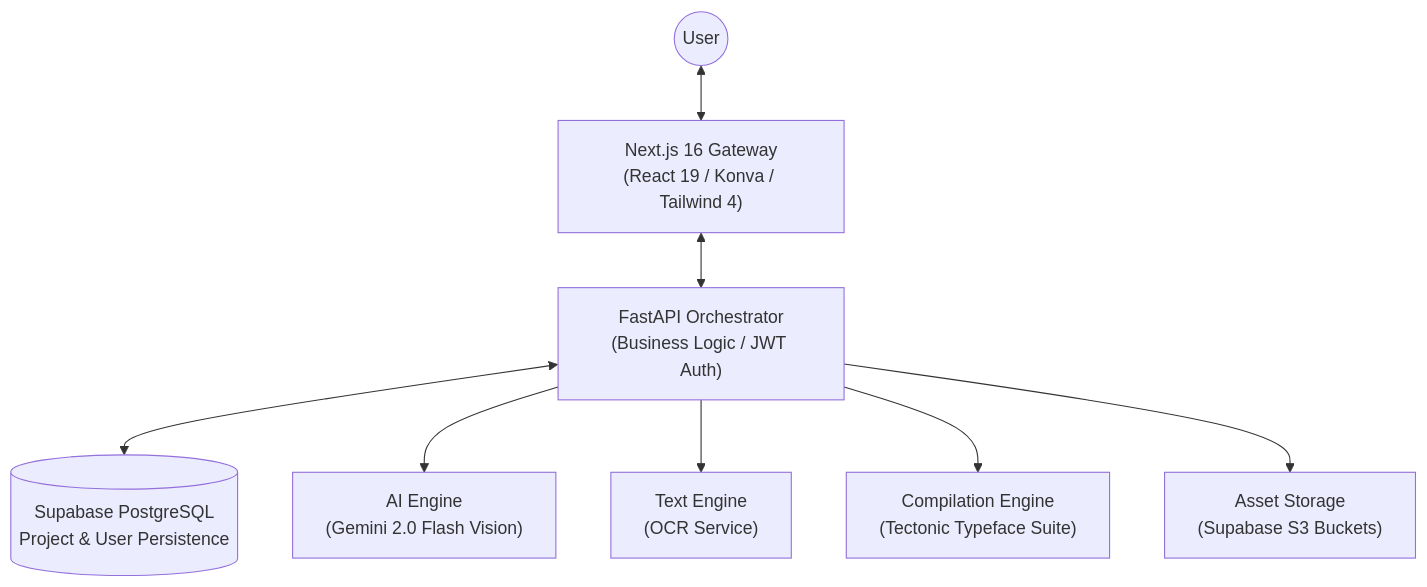
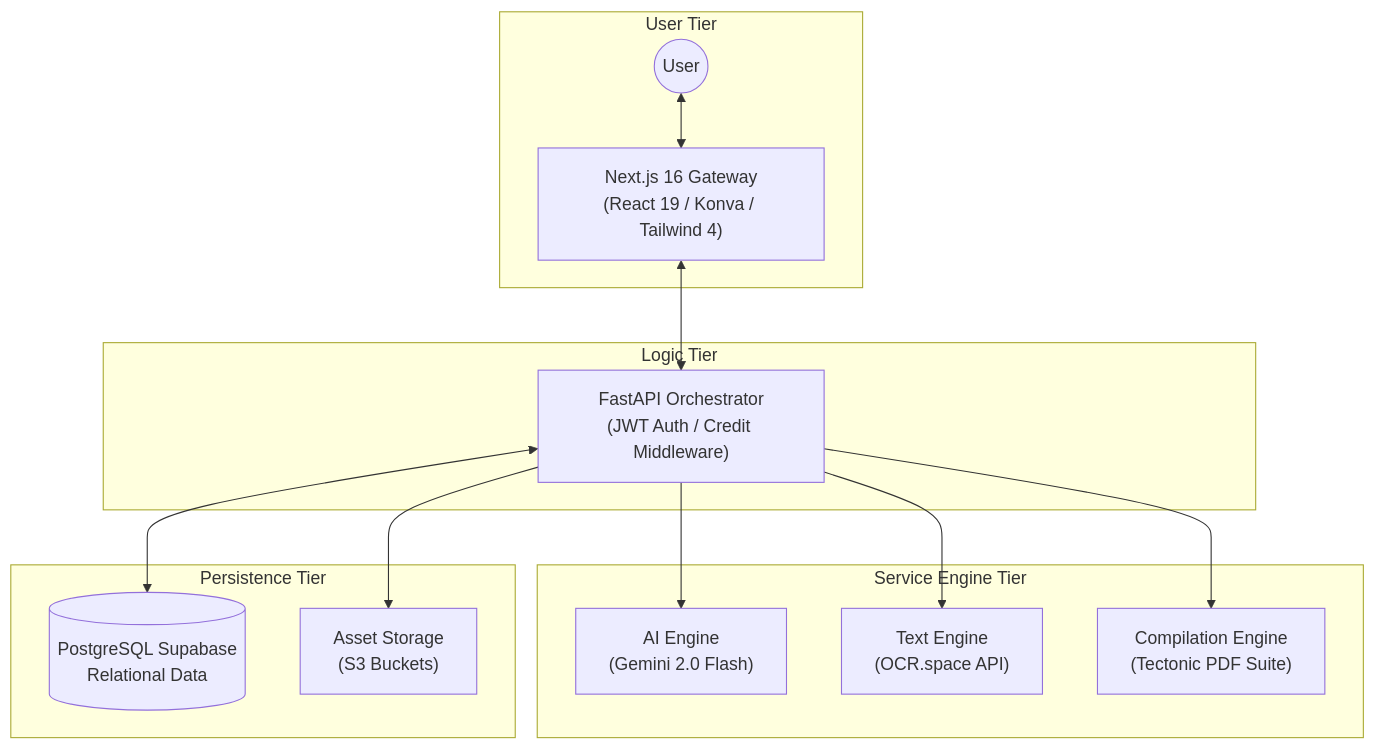
One commit to Mehedi26696/Tizkit changed the first of 2 diagrams in README.md. Above: the diagram before and after it, drawn with Mermaid. The commit also changed other lines of this file, not shown here.

````diff
--- a/README.md
+++ b/README.md
@@ -21,19 +42,21 @@
 ```mermaid
 graph TD
-    %% User Tier
-    User((User)) <--> Frontend["Next.js 16 Gateway<br/>(React 19 / Konva / Tailwind 4)"]
+    subgraph "User Tier"
+        User((User)) <--> Frontend["Next.js 16 Gateway<br/>(React 19 / Konva / Tailwind 4)"]
+    end
 
-    %% Logic Tier
-    Frontend <--> Backend["FastAPI Orchestrator<br/>(Business Logic / JWT Auth)"]
+    subgraph "Logic Tier"
+        Frontend <--> Backend["FastAPI Orchestrator<br/>(JWT Auth / Credit Middleware)"]
+    end
 
-    %% Data Tier
-    Backend <--> DB[(Supabase PostgreSQL<br/>Project & User Persistence)]
-
-    %% Service Tier
-    Backend --> Gemini["AI Engine<br/>(Gemini 2.0 Flash Vision)"]
-    Backend --> OCR["Text Engine<br/>(OCR Service)"]
-    Backend --> Tectonic["Compilation Engine<br/>(Tectonic Typeface Suite)"]
+    subgraph "Service Engine Tier"
+        Backend --> Gemini["AI Engine<br/>(Gemini 2.0 Flash)"]
+        Backend --> OCR["Text Engine<br/>(OCR.space API)"]
+        Backend --> Tectonic["Compilation Engine<br/>(Tectonic PDF Suite)"]
+    end
     
-    %% Asset Tier
-    Backend --> Files["Asset Storage<br/>(Supabase S3 Buckets)"]
+    subgraph "Persistence Tier"
+        Backend <--> DB[(PostgreSQL Supabase<br/>Relational Data)]
+        Backend --> S3["Asset Storage<br/>(S3 Buckets)"]
+    end
 ```
````
